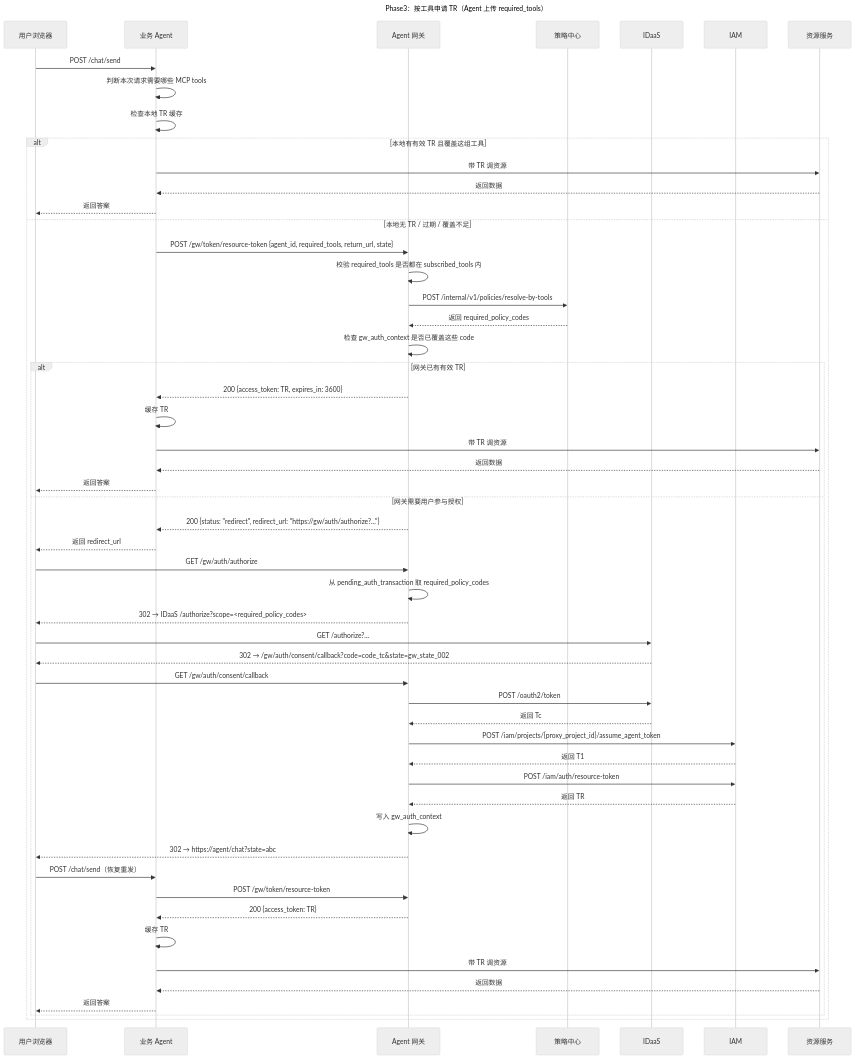
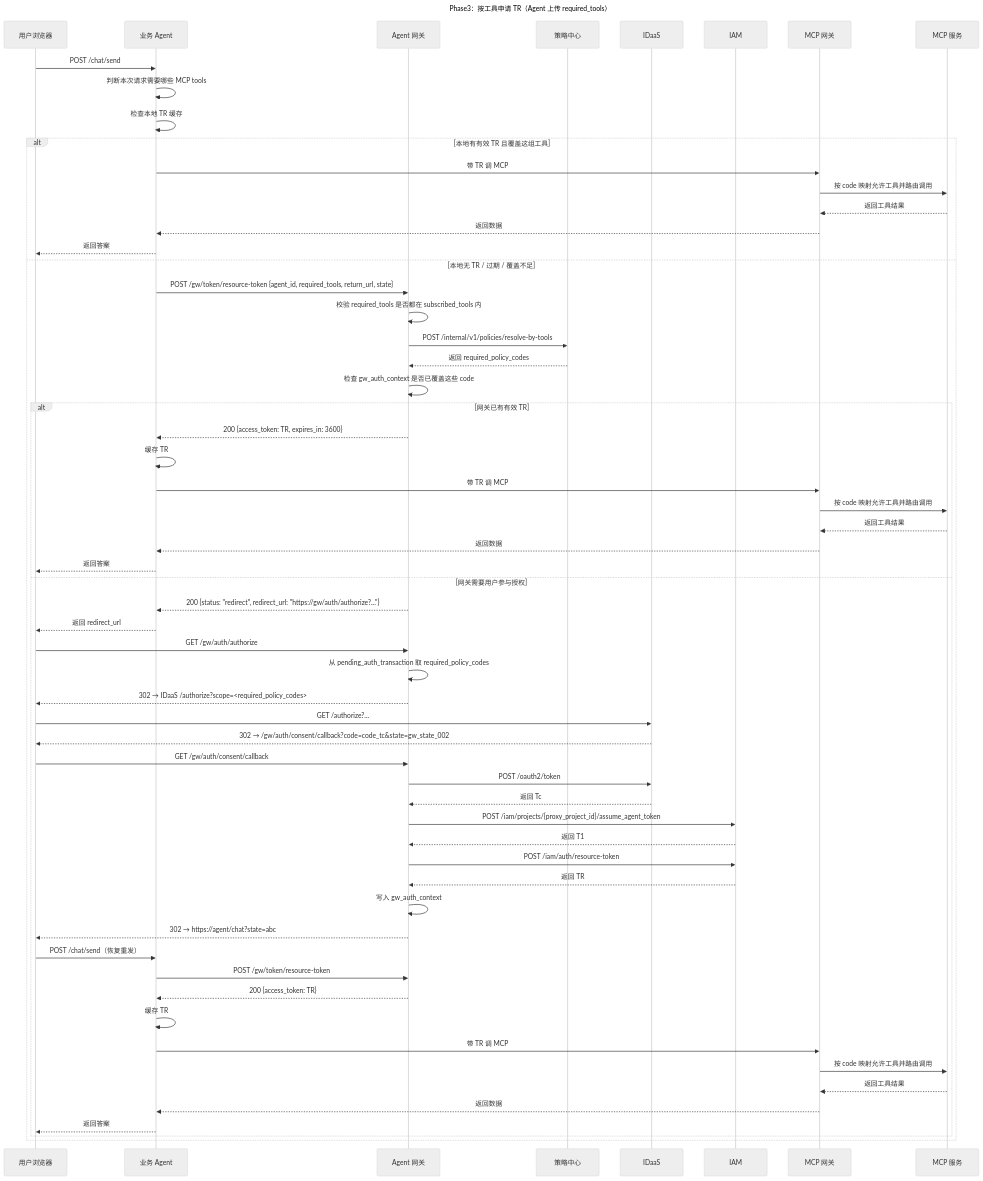
The second of 2 diagrams in docs/design/final_design/04_接口设计.md (xuning117634-ux/auth-design-spec), drawn with Mermaid (neutral theme) before and after one commit. The commit also changed other lines of this file and 1 other file, not shown here.

````diff
--- a/docs/design/final_design/04_接口设计.md
+++ b/docs/design/final_design/04_接口设计.md
@@ -115,59 +117,66 @@
 ```mermaid
 sequenceDiagram
     title Phase3：按工具申请 TR（Agent 上传 required_tools）
     participant 用户 as 用户浏览器
     participant Agent as 业务 Agent
     participant GW as Agent 网关
     participant PC as 策略中心
     participant IDaaS as IDaaS
     participant IAM as IAM
-    participant 资源服务 as 资源服务
+    participant MCP网关 as MCP 网关
+    participant MCP服务 as MCP 服务
 
     用户->>Agent: POST /chat/send
     Agent->>Agent: 判断本次请求需要哪些 MCP tools
     Agent->>Agent: 检查本地 TR 缓存
 
     alt 本地有有效 TR 且覆盖这组工具
-        Agent->>资源服务: 带 TR 调资源
-        资源服务-->>Agent: 返回数据
+        Agent->>MCP网关: 带 TR 调 MCP
+        MCP网关->>MCP服务: 按 code 映射允许工具并路由调用
+        MCP服务-->>MCP网关: 返回工具结果
+        MCP网关-->>Agent: 返回数据
         Agent-->>用户: 返回答案
     else 本地无 TR / 过期 / 覆盖不足
         Agent->>GW: POST /gw/token/resource-token {agent_id, required_tools, return_url, state}
         GW->>GW: 校验 required_tools 是否都在 subscribed_tools 内
         GW->>PC: POST /internal/v1/policies/resolve-by-tools
         PC-->>GW: 返回 required_policy_codes
         GW->>GW: 检查 gw_auth_context 是否已覆盖这些 code
 
         alt 网关已有有效 TR
             GW-->>Agent: 200 {access_token: TR, expires_in: 3600}
             Agent->>Agent: 缓存 TR
-            Agent->>资源服务: 带 TR 调资源
-            资源服务-->>Agent: 返回数据
+            Agent->>MCP网关: 带 TR 调 MCP
+            MCP网关->>MCP服务: 按 code 映射允许工具并路由调用
+            MCP服务-->>MCP网关: 返回工具结果
+            MCP网关-->>Agent: 返回数据
             Agent-->>用户: 返回答案
         else 网关需要用户参与授权
             GW-->>Agent: 200 {status: "redirect", redirect_url: "https://gw/auth/authorize?..."}
             Agent-->>用户: 返回 redirect_url
             用户->>GW: GET /gw/auth/authorize
             GW->>GW: 从 pending_auth_transaction 取 required_policy_codes
             GW-->>用户: 302 → IDaaS /authorize?scope=<required_policy_codes>
-            用户->>IDaaS: GET /authorize?... 
+            用户->>IDaaS: GET /authorize?...
             IDaaS-->>用户: 302 → /gw/auth/consent/callback?code=code_tc&state=gw_state_002
             用户->>GW: GET /gw/auth/consent/callback
             GW->>IDaaS: POST /oauth2/token
             IDaaS-->>GW: 返回 Tc
             GW->>IAM: POST /iam/projects/{proxy_project_id}/assume_agent_token
             IAM-->>GW: 返回 T1
             GW->>IAM: POST /iam/auth/resource-token
             IAM-->>GW: 返回 TR
             GW->>GW: 写入 gw_auth_context
             GW-->>用户: 302 → https://agent/chat?state=abc
             用户->>Agent: POST /chat/send（恢复重发）
             Agent->>GW: POST /gw/token/resource-token
             GW-->>Agent: 200 {access_token: TR}
             Agent->>Agent: 缓存 TR
-            Agent->>资源服务: 带 TR 调资源
-            资源服务-->>Agent: 返回数据
+            Agent->>MCP网关: 带 TR 调 MCP
+            MCP网关->>MCP服务: 按 code 映射允许工具并路由调用
+            MCP服务-->>MCP网关: 返回工具结果
+            MCP网关-->>Agent: 返回数据
             Agent-->>用户: 返回答案
         end
     end
 ```
````
